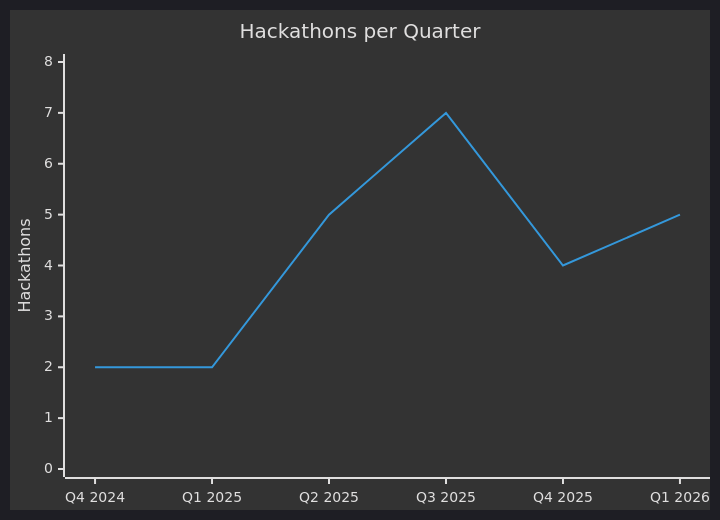
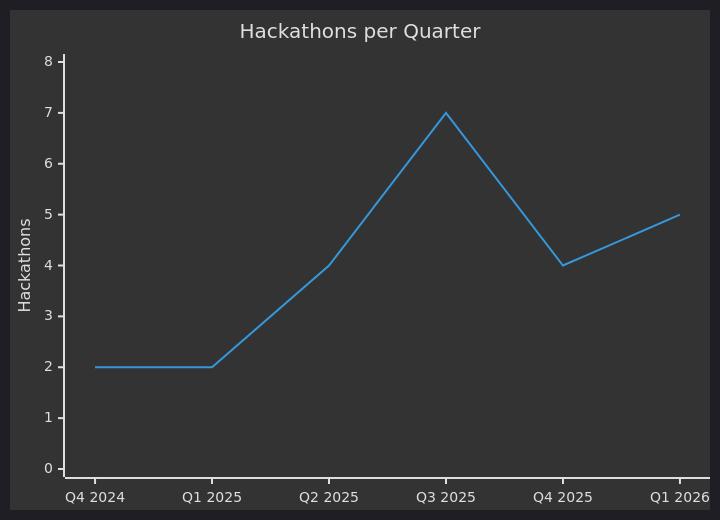
One commit to inin-zou/inin-zou changed the diagram in README.md. Above: the diagram before and after it, drawn with Mermaid. The commit also changed other lines of this file, not shown here.

Commit message:
Remove HuggingFace MCP entry and fix chart count

````diff
--- a/README.md
+++ b/README.md
@@ -50,8 +50,8 @@
 ```mermaid
 %%{init: {'theme': 'dark', 'themeVariables': {'lineColor': '#58a6ff', 'primaryColor': '#1f6feb'}}}%%
 xychart-beta
     title "Hackathons per Quarter"
     x-axis ["Q4 2024", "Q1 2025", "Q2 2025", "Q3 2025", "Q4 2025", "Q1 2026"]
     y-axis "Hackathons" 0 --> 8
-    line [2, 2, 5, 7, 4, 5]
+    line [2, 2, 4, 7, 4, 5]
 ```
````
